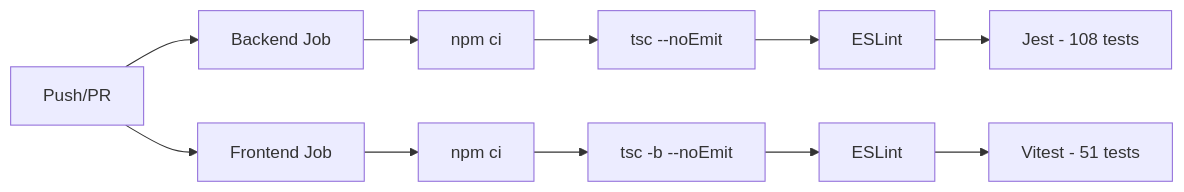
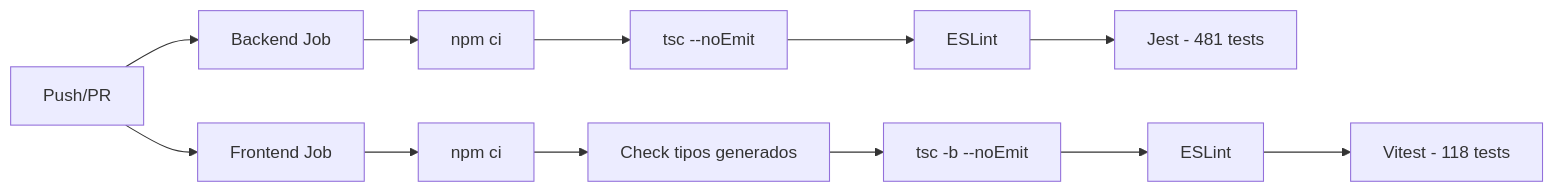
Before and after one commit to MiltonLn/zetas_list: the fifth of 5 diagrams in ARCHITECTURE.md, drawn with Mermaid. The commit also changed other lines of this file and 5 other files, not shown here.

````diff
--- a/ARCHITECTURE.md
+++ b/ARCHITECTURE.md
@@ -276,15 +303,16 @@
 ```mermaid
 graph LR
   Push[Push/PR] --> Backend[Backend Job]
   Push --> Frontend[Frontend Job]
 
   Backend --> B_Install[npm ci]
   B_Install --> B_Types[tsc --noEmit]
   B_Types --> B_Lint[ESLint]
-  B_Lint --> B_Test[Jest - 108 tests]
+  B_Lint --> B_Test[Jest - 481 tests]
 
   Frontend --> F_Install[npm ci]
-  F_Install --> F_Types[tsc -b --noEmit]
+  F_Install --> F_Gen[Check tipos generados]
+  F_Gen --> F_Types[tsc -b --noEmit]
   F_Types --> F_Lint[ESLint]
-  F_Lint --> F_Test[Vitest - 51 tests]
+  F_Lint --> F_Test[Vitest - 118 tests]
 ```
````
